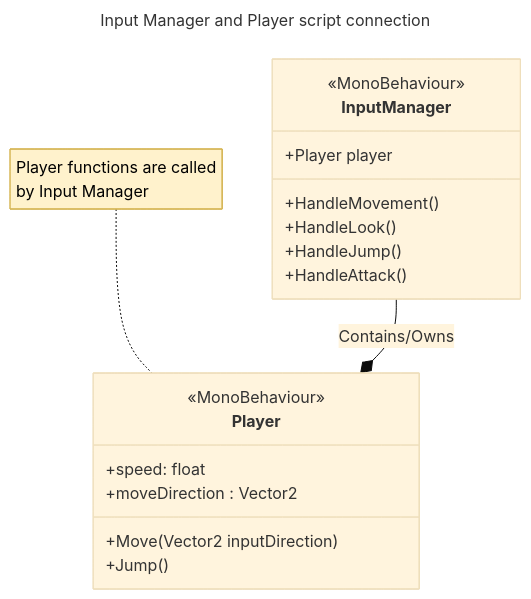
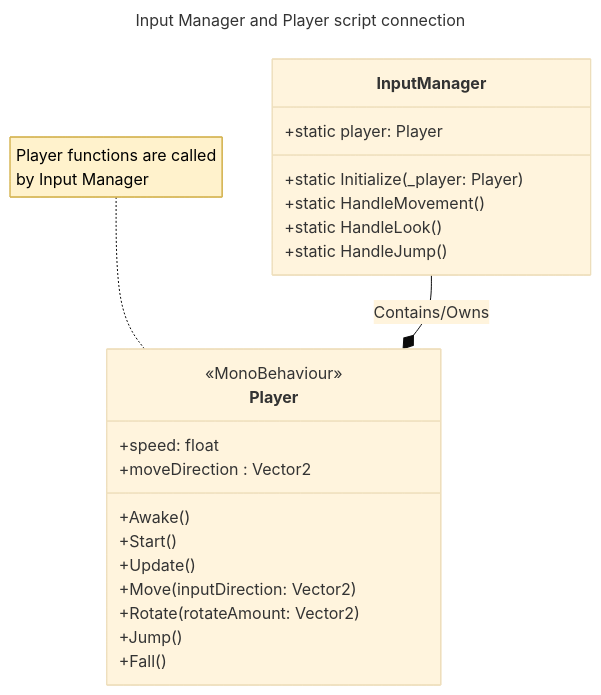
One commit to ThomasNRP4K/S2_Ba_26F_open_ended_unity changed the diagram in Assets/Project Diagrams/input_manager_player_code_design.md. Above: the diagram before and after it, drawn with Mermaid. The commit also changed 8 other files, not shown here.

Commit message:
having the player move by using the new input system and code planned for next lesson

````diff
--- a/Assets/Project Diagrams/input_manager_player_code_design.md
+++ b/Assets/Project Diagrams/input_manager_player_code_design.md
@@ -1,41 +1,47 @@
 ```mermaid
 ---
 title: Input Manager and Player script connection
 config:
   theme: base
   themeVariables:
     noteBkgColor: '#FFF2CC'
     noteBorderColor: '#D6B656'
     noteTextColor: '#000000'
 ---
 
 classDiagram
 
 	class InputManager{
-		<<MonoBehaviour>>
-		+Player player
-		+HandleMovement()
-		+HandleLook()
-		+HandleJump()
-		+HandleAttack()
+
+		+static player: Player
+		+static Initialize(_player: Player)
+		+static HandleMovement()
+		+static HandleLook()
+		+static HandleJump()
 	}
 
 	note for Player "Player functions are called <br> by Input Manager"
 	class Player{
 		<<MonoBehaviour>>
 		+speed: float
 		+moveDirection : Vector2
-		+Move(Vector2 inputDirection)
+		+Awake()
+		+Start()
+		+Update()
+		+Move(inputDirection: Vector2)
+		+Rotate(rotateAmount: Vector2)
 		+Jump()
+		+Fall()
+
 	}
 
 
 	%% Connections
 	InputManager --* Player: Contains/Owns
 
 
 
 
 
 
 ```
````
